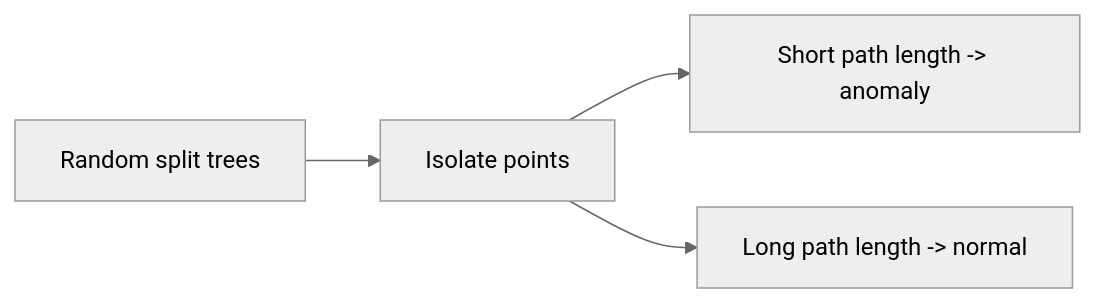
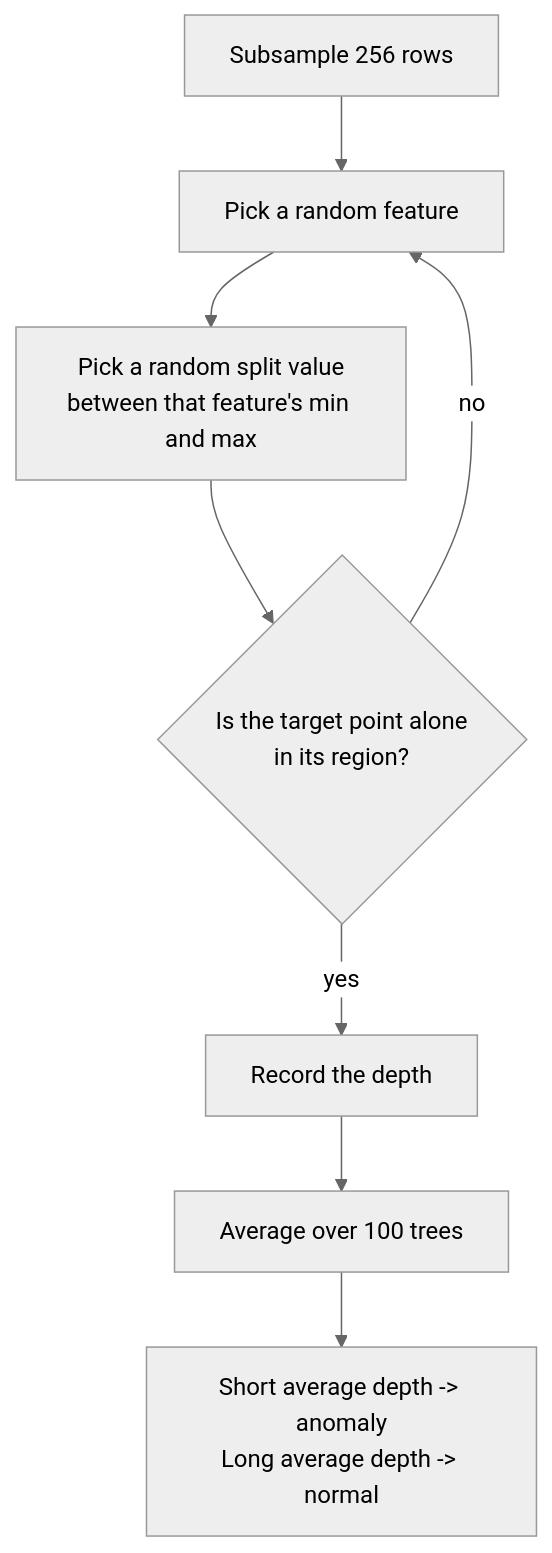
One commit to Ravikisha/PythonCentralHub changed the diagram in src/content/docs/Machine Learning/Phase 06 - Unsupervised Learning & Dimensionality Reduction/Anomaly Detection with Isolation Forests.mdx. Above: the diagram before and after it, drawn with Mermaid (neutral theme). The commit also changed other lines of this file and 1327 other files, not shown here.

````diff
--- a/src/content/docs/Machine Learning/Phase 06 - Unsupervised Learning & Dimensionality Reduction/Anomaly Detection with Isolation Forests.mdx
+++ b/src/content/docs/Machine Learning/Phase 06 - Unsupervised Learning & Dimensionality Reduction/Anomaly Detection with Isolation Forests.mdx
@@ -44,6 +42,10 @@
-```mermaid title="Isolation Forest" desc="Random splits isolate far-away points in just a few steps; normal points need many more splits."
-flowchart LR
-  A["Random split trees"] --> I["Isolate points"]
-  I --> S["Short path length -> anomaly"]
-  I --> L["Long path length -> normal"]
+```mermaid
+flowchart TD
+  A["Subsample 256 rows"] --> B["Pick a random feature"]
+  B --> C["Pick a random split value<br/>between that feature's min and max"]
+  C --> D{"Is the target point alone<br/>in its region?"}
+  D -->|"no"| B
+  D -->|"yes"| E["Record the depth"]
+  E --> F["Average over 100 trees"]
+  F --> G["Short average depth -> anomaly<br/>Long average depth -> normal"]
 ```
````
